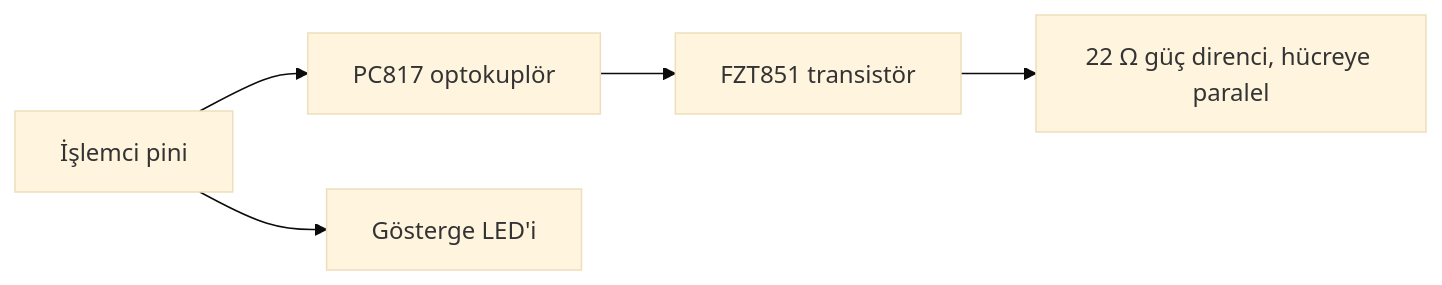
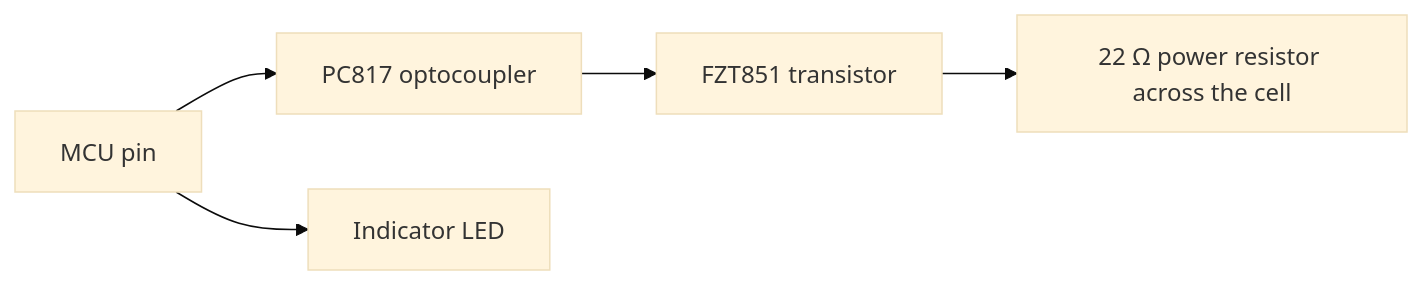
The fifth of 6 diagrams in README.md (meyubcan/stm32-4s-bms-home-automation), drawn with Mermaid (base theme) before and after one commit. The commit also changed other lines of this file and 1 other file, not shown here.

````diff
--- a/README.md
+++ b/README.md
@@ -140,5 +156,5 @@
 ```mermaid
 flowchart LR
-    P[İşlemci pini] --> OK[PC817 optokuplör] --> T[FZT851 transistör] --> R[22 Ω güç direnci, hücreye paralel]
-    P --> LED[Gösterge LED'i]
+    P[MCU pin] --> OK[PC817 optocoupler] --> T[FZT851 transistor] --> R[22 Ω power resistor across the cell]
+    P --> LED[Indicator LED]
 ```
````
